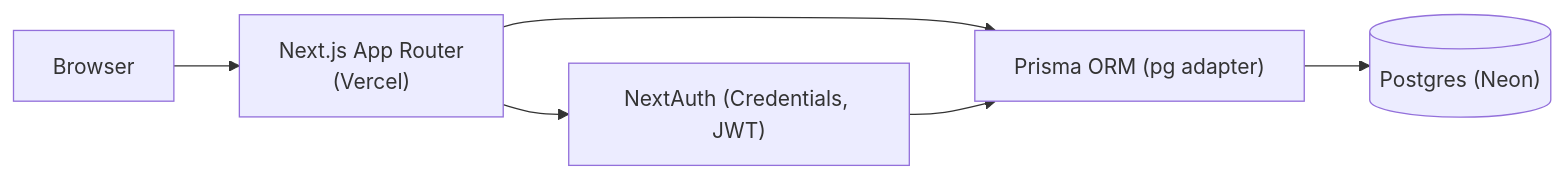
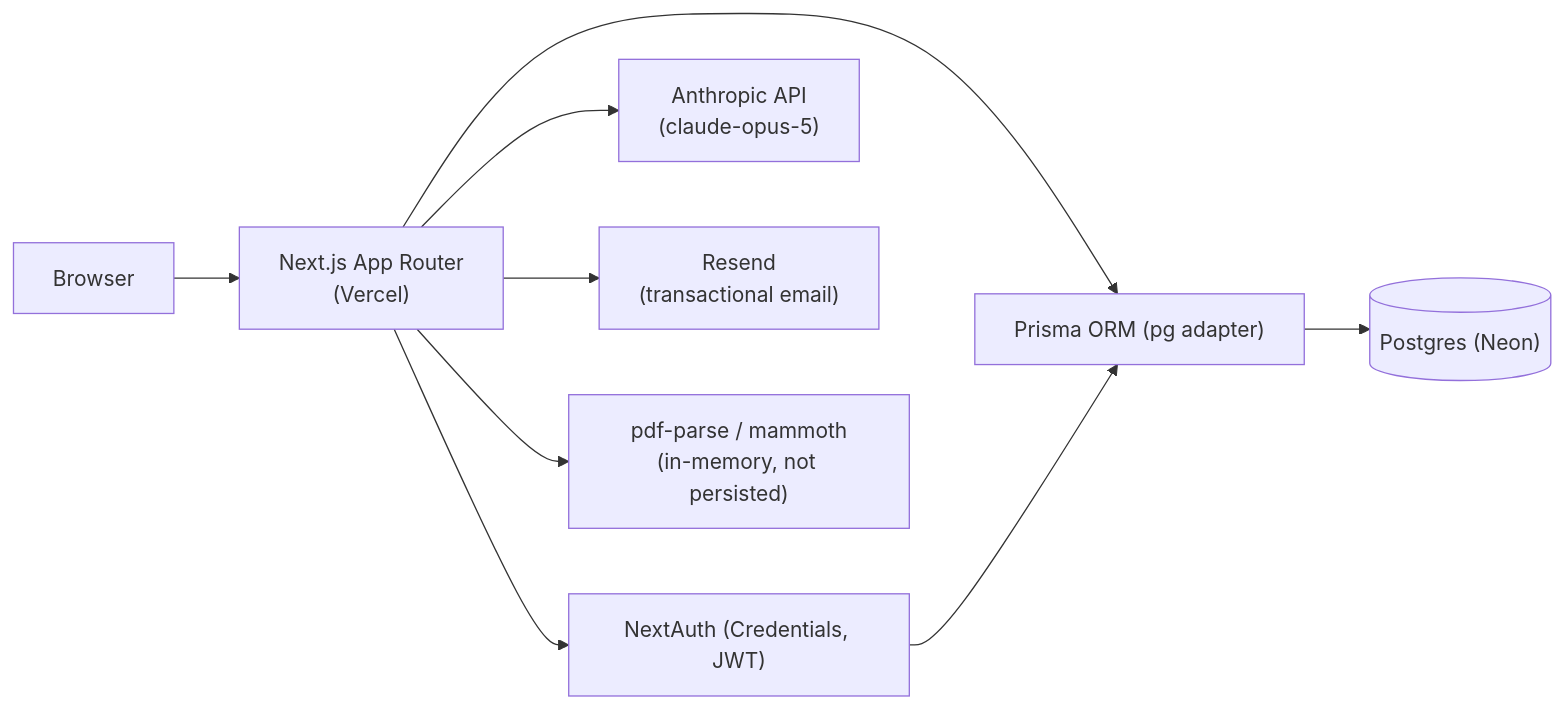
One commit to AbhishekKumar1709/AI-Job-Application-Builder changed the diagram in docs/ARCHITECTURE.md. Above: the diagram before and after it, drawn with Mermaid. The commit also changed other lines of this file and 3 other files, not shown here.

First line of the commit message:
Sync stale docs (ARCHITECTURE, AI, FILE_PROCESSING, UI_DESIGN)

````diff
--- a/docs/ARCHITECTURE.md
+++ b/docs/ARCHITECTURE.md
@@ -65,8 +184,11 @@
 ```mermaid
 flowchart LR
     Browser --> NextApp["Next.js App Router\n(Vercel)"]
     NextApp --> NextAuth["NextAuth (Credentials, JWT)"]
     NextApp --> Prisma["Prisma ORM (pg adapter)"]
+    NextApp --> Anthropic["Anthropic API\n(claude-opus-5)"]
+    NextApp --> Resend["Resend\n(transactional email)"]
+    NextApp --> FileParse["pdf-parse / mammoth\n(in-memory, not persisted)"]
     NextAuth --> Prisma
     Prisma --> Neon[("Postgres (Neon)")]
 ```
````
